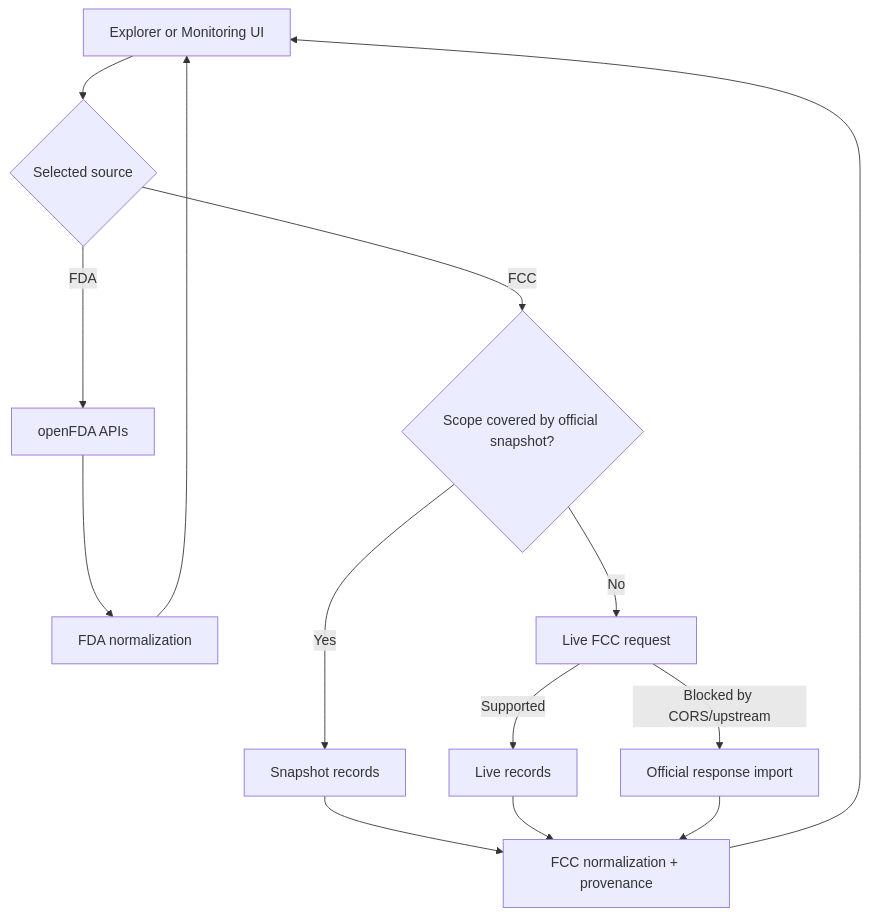
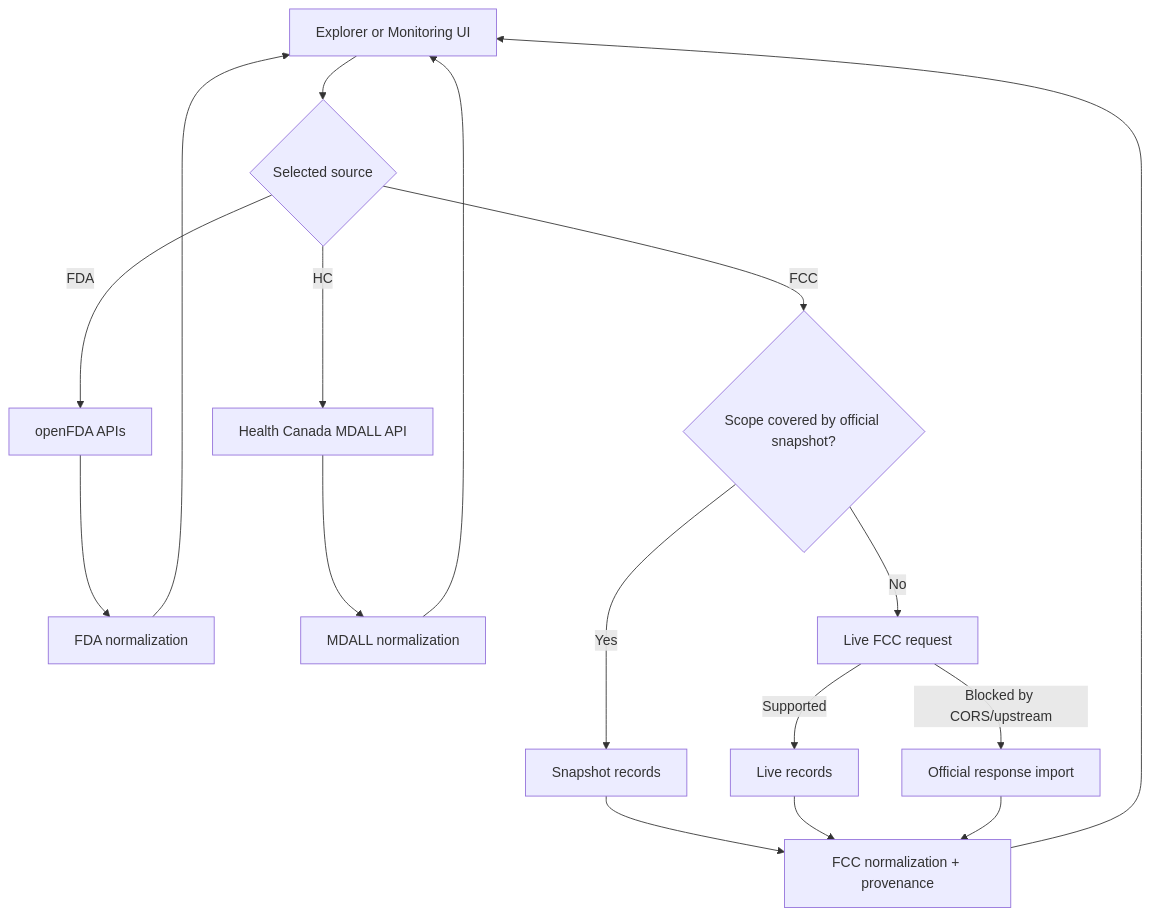
One commit to ahmedbins/fda_device changed the second of 2 diagrams in docs/ARCHITECTURE.md. Above: the diagram before and after it, drawn with Mermaid. The commit also changed other lines of this file and 28 other files, not shown here.

First line of the commit message:
Add Health Canada MDALL and make FCC search and exhibit export obvious

````diff
--- a/docs/ARCHITECTURE.md
+++ b/docs/ARCHITECTURE.md
@@ -48,16 +53,19 @@
 ```mermaid
 flowchart TD
   UI["Explorer or Monitoring UI"] --> S{"Selected source"}
   S -->|FDA| F["openFDA APIs"]
   F --> FN["FDA normalization"]
+  S -->|HC| H["Health Canada MDALL API"]
+  H --> HN["MDALL normalization"]
   S -->|FCC| C{"Scope covered by official snapshot?"}
   C -->|Yes| SN["Snapshot records"]
   C -->|No| L["Live FCC request"]
   L -->|Supported| LN["Live records"]
   L -->|Blocked by CORS/upstream| IM["Official response import"]
   SN --> N["FCC normalization + provenance"]
   LN --> N
   IM --> N
   FN --> UI
+  HN --> UI
   N --> UI
 ```
````
